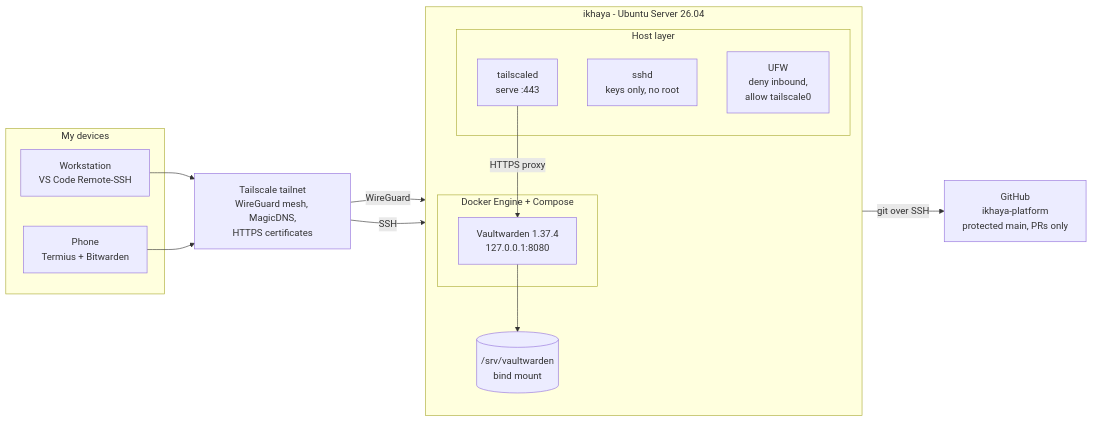
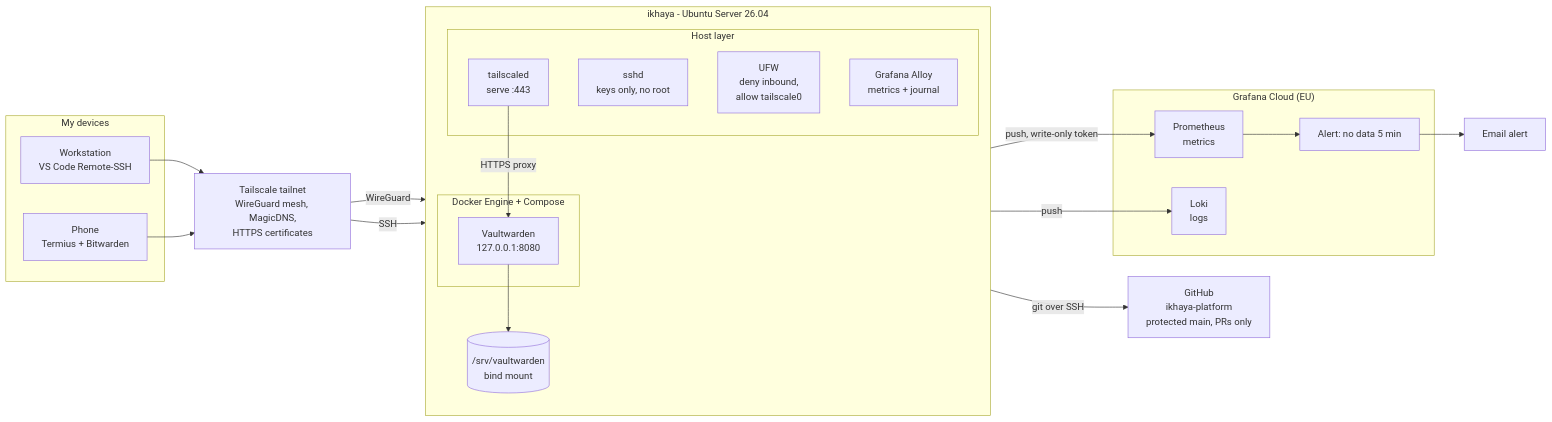
One commit to anelehina/ikhaya-platform changed the first of 2 diagrams in docs/architecture.md. Above: the diagram before and after it, drawn with Mermaid. The commit also changed other lines of this file and 2 other files, not shown here.

First line of the commit message:
Add ADRs 0001-0002 and update architecture with monitoring layer (#5)

````diff
--- a/docs/architecture.md
+++ b/docs/architecture.md
@@ -7,32 +7,43 @@
 ```mermaid
 flowchart LR
     subgraph Devices["My devices"]
         Dell["Workstation<br/>VS Code Remote-SSH"]
         Phone["Phone<br/>Termius + Bitwarden"]
     end
 
     TS["Tailscale tailnet<br/>WireGuard mesh, MagicDNS,<br/>HTTPS certificates"]
 
     subgraph Ikhaya["ikhaya - Ubuntu Server 26.04"]
         direction TB
         subgraph Host["Host layer"]
             Tailscaled["tailscaled<br/>serve :443"]
             SSHD["sshd<br/>keys only, no root"]
             UFW["UFW<br/>deny inbound,<br/>allow tailscale0"]
+            Alloy["Grafana Alloy<br/>metrics + journal"]
         end
         subgraph Docker["Docker Engine + Compose"]
-            VW["Vaultwarden 1.37.4<br/>127.0.0.1:8080"]
+            VW["Vaultwarden<br/>127.0.0.1:8080"]
         end
         SRV[("/srv/vaultwarden<br/>bind mount")]
     end
 
+    subgraph GC["Grafana Cloud (EU)"]
+        Prom["Prometheus<br/>metrics"]
+        Loki["Loki<br/>logs"]
+        Alert["Alert: no data 5 min"]
+    end
+
     GH["GitHub<br/>ikhaya-platform<br/>protected main, PRs only"]
+    Email["Email alert"]
 
     Dell --> TS
     Phone --> TS
     TS -->|"WireGuard"| Tailscaled
     TS -->|"SSH"| SSHD
     Tailscaled -->|"HTTPS proxy"| VW
     VW --> SRV
+    Alloy -->|"push, write-only token"| Prom
+    Alloy -->|"push"| Loki
+    Prom --> Alert --> Email
     Ikhaya -->|"git over SSH"| GH
 ```
````
